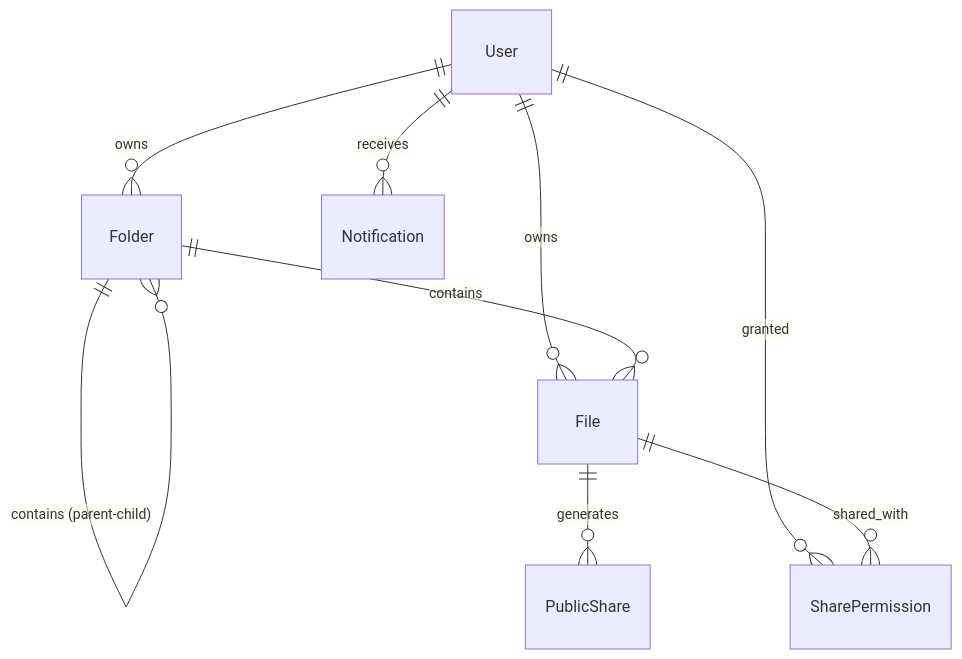
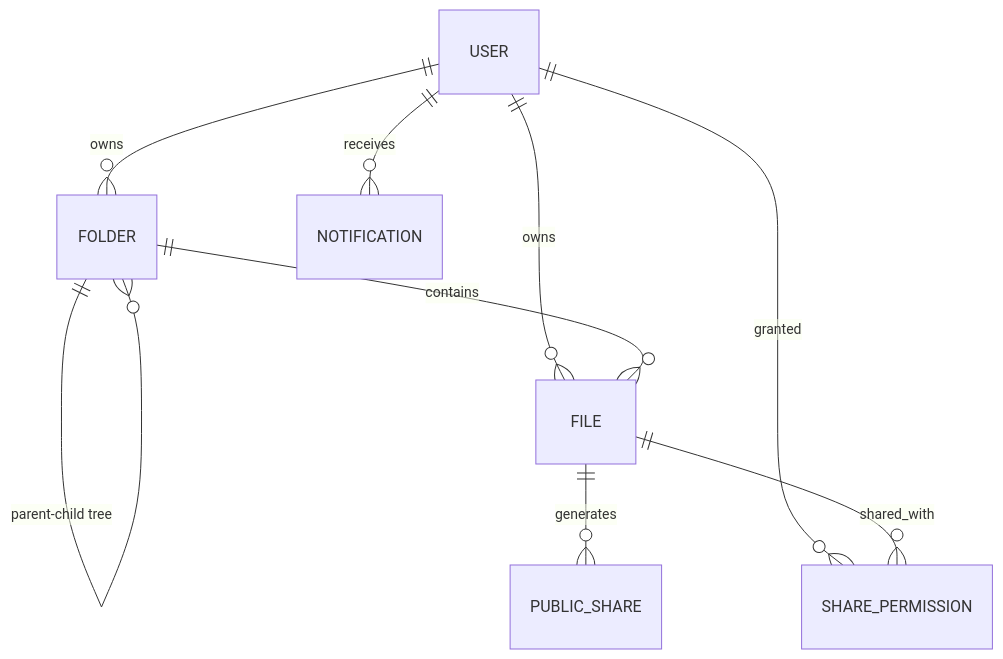
One commit to Akashyatinjain/Akashyatinjain changed the second of 2 diagrams in README.md. Above: the diagram before and after it, drawn with Mermaid. The commit also changed other lines of this file, not shown here.

Commit message:
feat: transform profile README into senior engineering case study & architecture showcase (Issues 16-25)

````diff
--- a/README.md
+++ b/README.md
@@ -156,11 +115,11 @@
 ```mermaid
 erDiagram
-    User ||--o{ Folder : "owns"
-    User ||--o{ File : "owns"
-    User ||--o{ Notification : "receives"
-    Folder ||--o{ Folder : "contains (parent-child)"
-    Folder ||--o{ File : "contains"
-    File ||--o{ PublicShare : "generates"
-    User ||--o{ SharePermission : "granted"
-    File ||--o{ SharePermission : "shared_with"
+    USER ||--o{ FOLDER : "owns"
+    USER ||--o{ FILE : "owns"
+    USER ||--o{ NOTIFICATION : "receives"
+    FOLDER ||--o{ FOLDER : "parent-child tree"
+    FOLDER ||--o{ FILE : "contains"
+    FILE ||--o{ PUBLIC_SHARE : "generates"
+    USER ||--o{ SHARE_PERMISSION : "granted"
+    FILE ||--o{ SHARE_PERMISSION : "shared_with"
 ```
````
